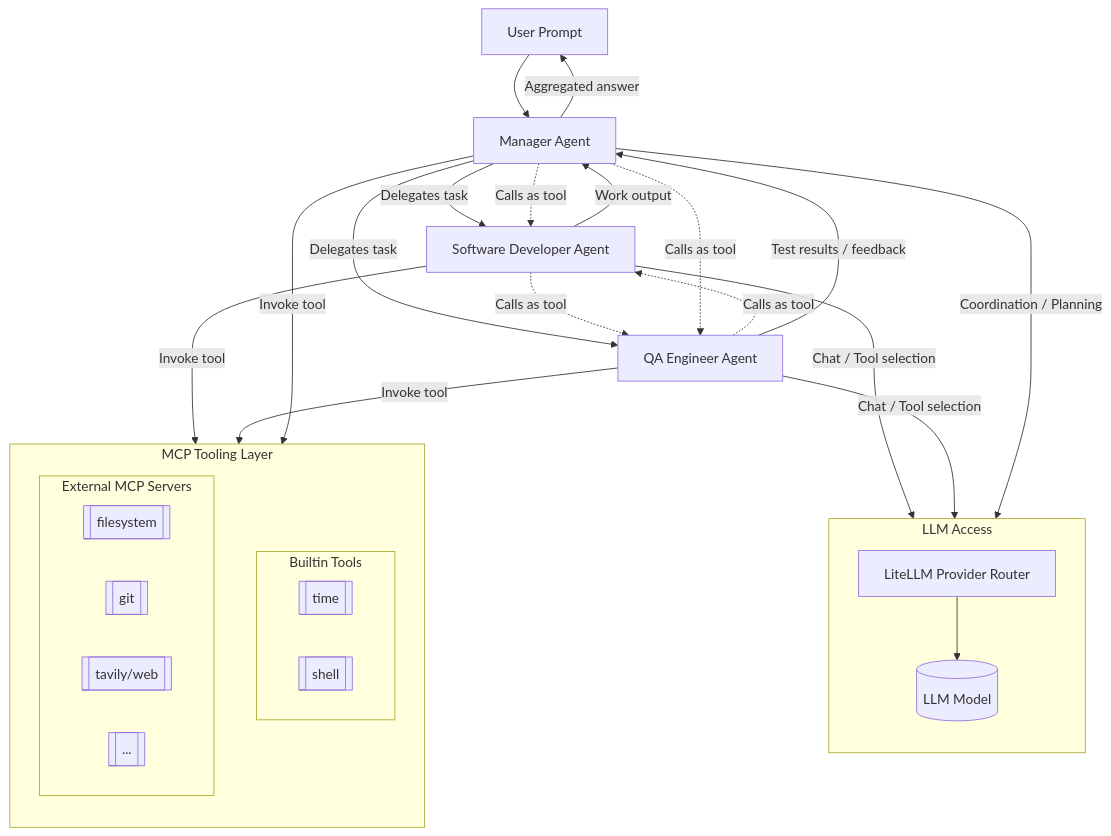
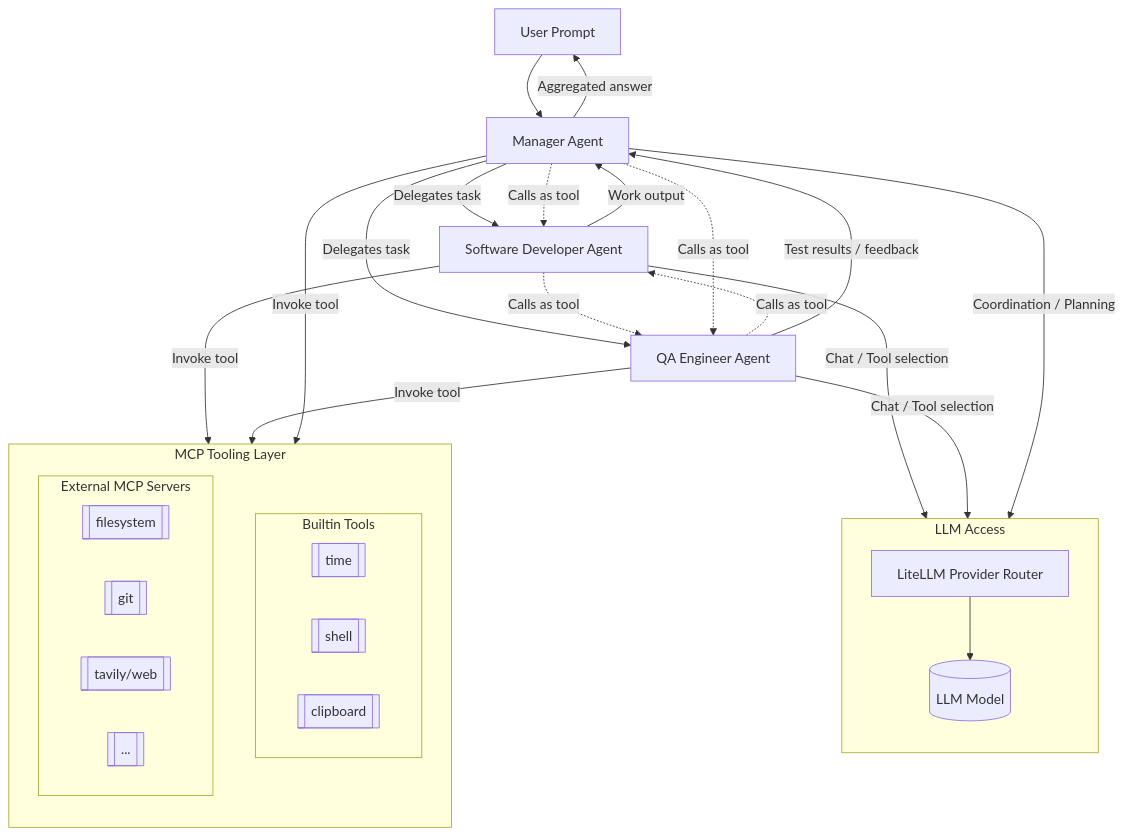
Before and after one commit to fpytloun/gptsh: the first of 4 diagrams in README.md, drawn with Mermaid. The commit also changed other lines of this file and 8 other files, not shown here.

````diff
--- a/README.md
+++ b/README.md
@@ -51,51 +51,52 @@
 ```mermaid
 flowchart TD
   %% User interaction
   U[User Prompt] --> M[Manager Agent]
 
   %% Manager orchestrates tasks
   M -->|Delegates task| Dev[Software Developer Agent]
   M -->|Delegates task| QA[QA Engineer Agent]
 
   %% Agents can call other agents as tools
   Dev -.->|Calls as tool| QA
   QA  -.->|Calls as tool| Dev
   M   -.->|Calls as tool| Dev
   M   -.->|Calls as tool| QA
 
   %% Agents use LLM via LiteLLM
   subgraph LLM_Stack[LLM Access]
     direction TB
     Lite[LiteLLM Provider Router]
     Model[(LLM Model)]
     Lite --> Model
   end
 
   Dev -->|Chat / Tool selection| Lite
   QA  -->|Chat / Tool selection| Lite
   M   -->|Coordination / Planning| Lite
 
   %% MCP Servers and Tools
   subgraph MCP[MCP Tooling Layer]
     direction TB
     subgraph Builtins[Builtin Tools]
       T1[[time]]
       T2[[shell]]
+      T3[[clipboard]]
     end
     subgraph Ext[External MCP Servers]
       FS[[filesystem]]
       GIT[[git]]
       WEB[[tavily/web]]
       OTHER[[...]]
     end
   end
 
   Dev -->|Invoke tool| MCP
   QA  -->|Invoke tool| MCP
   M   -->|Invoke tool| MCP
 
   %% Results aggregation
   Dev -->|Work output| M
   QA  -->|Test results / feedback| M
   M -->|Aggregated answer| U
 ```
````
